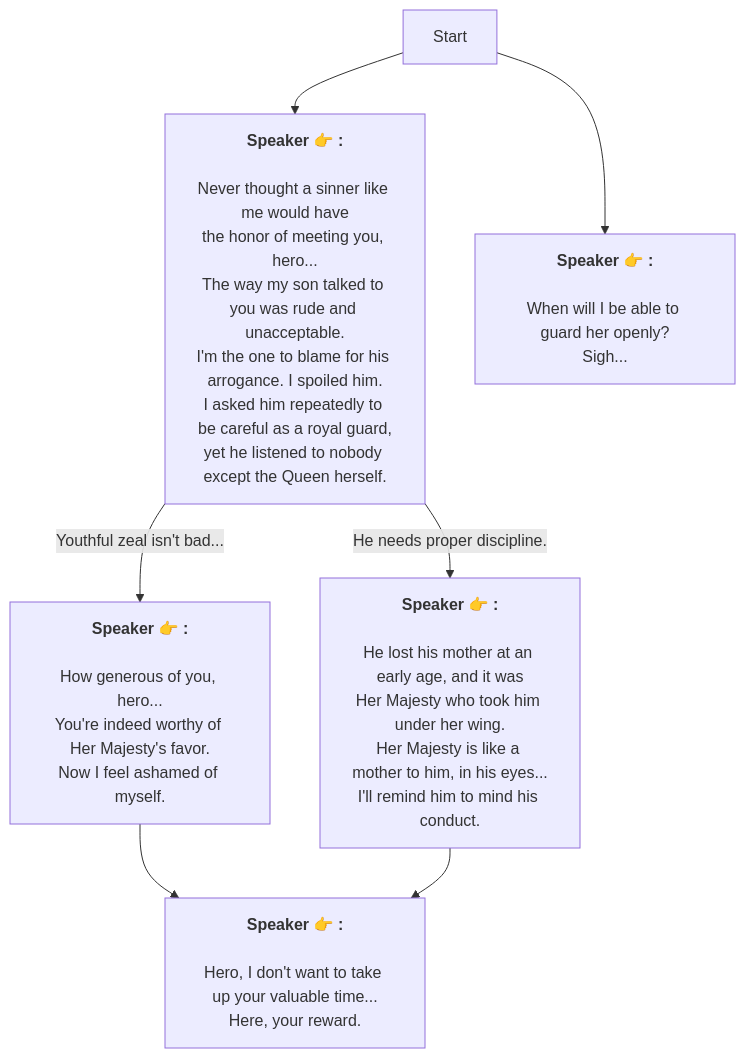
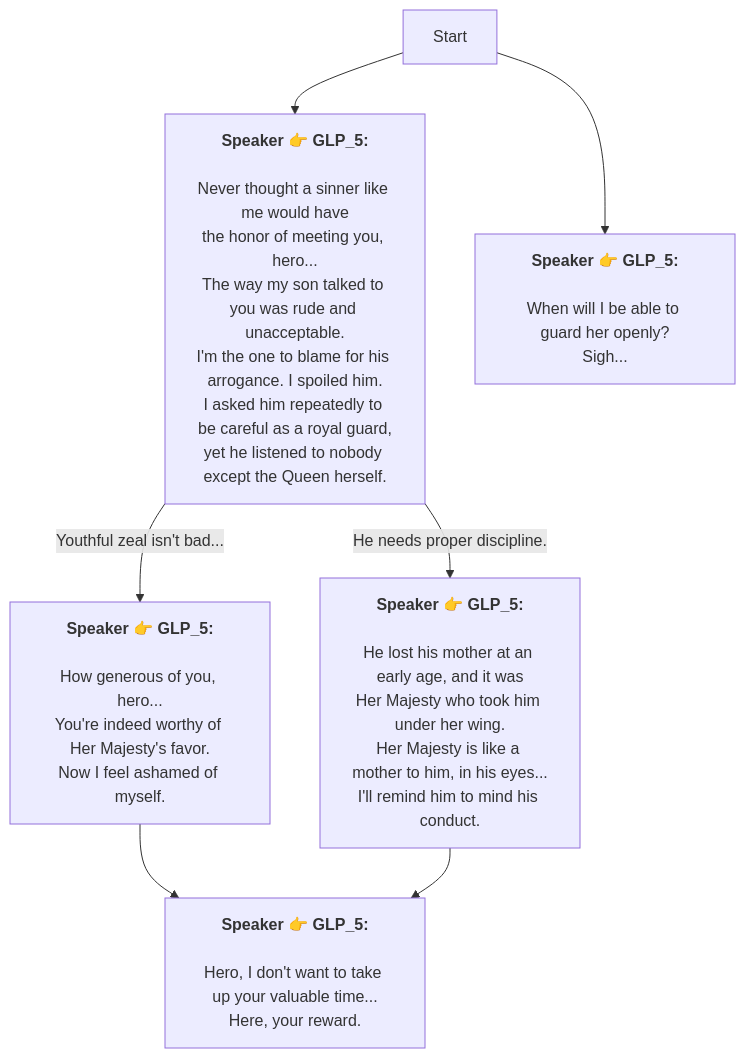
The diagram in En/GLP_4.md (SoftHu/tos_avg), drawn with Mermaid before and after one commit. The commit also changed 410 other files, not shown here.

````diff
--- a/En/GLP_4.md
+++ b/En/GLP_4.md
@@ -1,26 +1,26 @@
 ```mermaid
 graph
-Start -->1719164382430250[<b>Speaker 👉 :</b>
+Start -->1719164382430250[<b>Speaker 👉 GLP_5:</b>
 \nNever thought a sinner like me would have
 the honor of meeting you, hero...\nThe way my son talked to you was rude and unacceptable.
 I'm the one to blame for his arrogance. I spoiled him.\nI asked him repeatedly to be careful as a royal guard,
 yet he listened to nobody except the Queen herself.]
-1719164382430250 -->|Youthful zeal isn't bad...|1719170460340272[<b>Speaker 👉 :</b>
+1719164382430250 -->|Youthful zeal isn't bad...|1719170460340272[<b>Speaker 👉 GLP_5:</b>
 \nHow generous of you, hero...
 You're indeed worthy of Her Majesty's favor.
 Now I feel ashamed of myself.]
-1719164382430250 -->|He needs proper discipline.|1719170465625137[<b>Speaker 👉 :</b>
+1719164382430250 -->|He needs proper discipline.|1719170465625137[<b>Speaker 👉 GLP_5:</b>
 \nHe lost his mother at an early age, and it was
 Her Majesty who took him under her wing.
 Her Majesty is like a mother to him, in his eyes...\nI'll remind him to mind his conduct.]
-1719170460340272 -->1719171115381810[<b>Speaker 👉 :</b>
+1719170460340272 -->1719171115381810[<b>Speaker 👉 GLP_5:</b>
 \nHero, I don't want to take up your valuable time...
 Here, your reward.]
-1719170465625137 -->1719171115381810[<b>Speaker 👉 :</b>
+1719170465625137 -->1719171115381810[<b>Speaker 👉 GLP_5:</b>
 \nHero, I don't want to take up your valuable time...
 Here, your reward.]
-Start -->1724023778065461[<b>Speaker 👉 :</b>
+Start -->1724023778065461[<b>Speaker 👉 GLP_5:</b>
 \nWhen will I be able to guard her openly?
 Sigh...]
 
 ```
````
